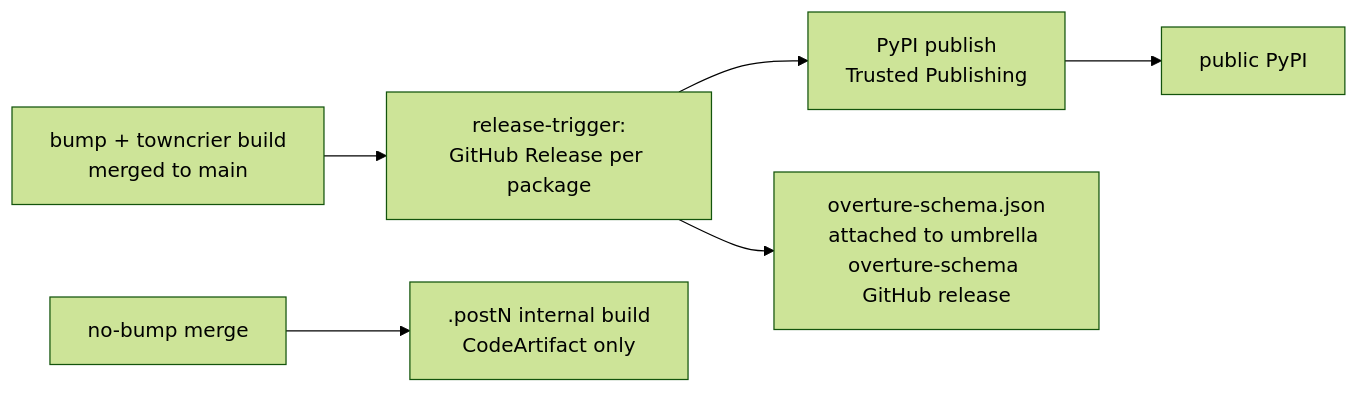
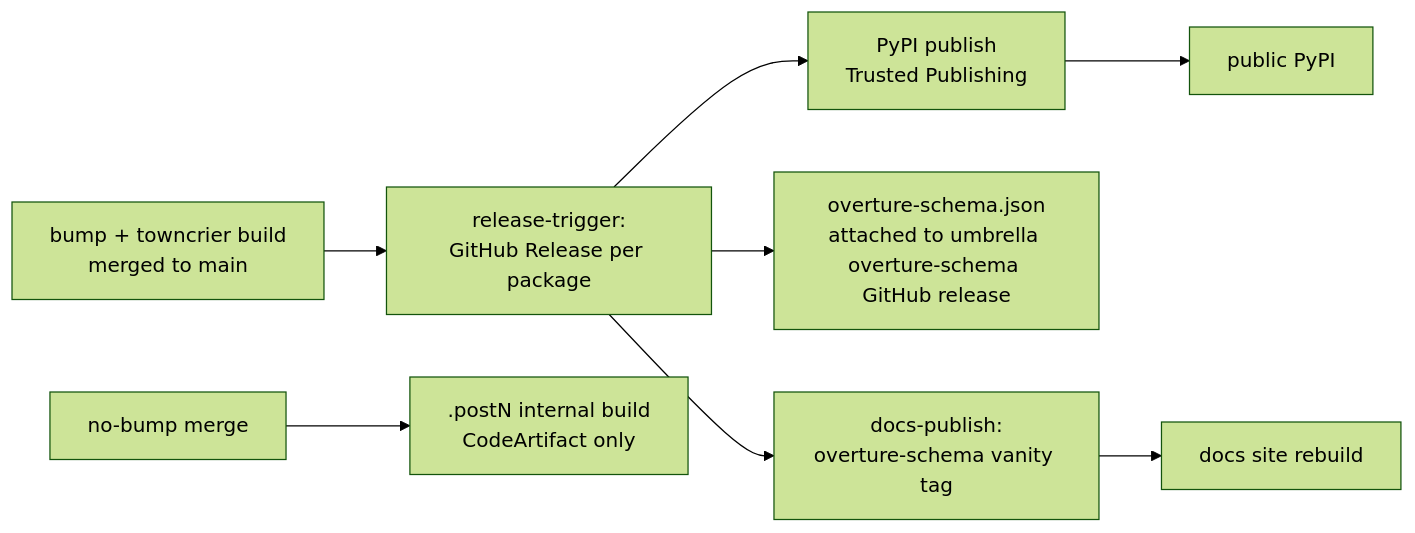
The diagram in docs/versioning.md (OvertureMaps/schema), drawn with Mermaid (forest theme) before and after one commit. The commit also changed other lines of this file and 1 other file, not shown here.

First line of the commit message:
[FEATURE] Trigger docs production build on overture-schema release (#690)

````diff
--- a/docs/versioning.md
+++ b/docs/versioning.md
@@ -199,7 +206,8 @@
 ```mermaid
 flowchart LR
     A[bump + towncrier build<br/>merged to main] --> B[release-trigger:<br/>GitHub Release per package]
     B --> C[PyPI publish<br/>Trusted Publishing] --> D[public PyPI]
     B --> E[overture-schema.json<br/>attached to umbrella overture-schema GitHub release]
-    F[no-bump merge] --> G[.postN internal build<br/>CodeArtifact only]
+    B --> G[docs-publish:<br/>overture-schema vanity tag] --> H[docs site rebuild]
+    I[no-bump merge] --> F[.postN internal build<br/>CodeArtifact only]
 ```
````
